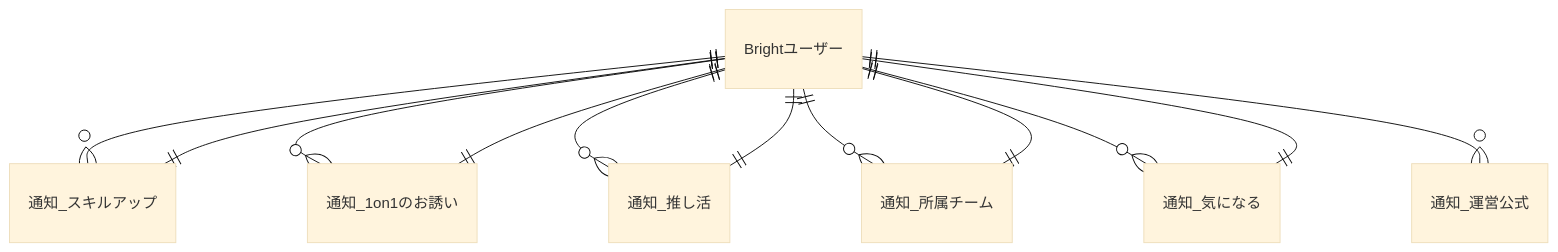
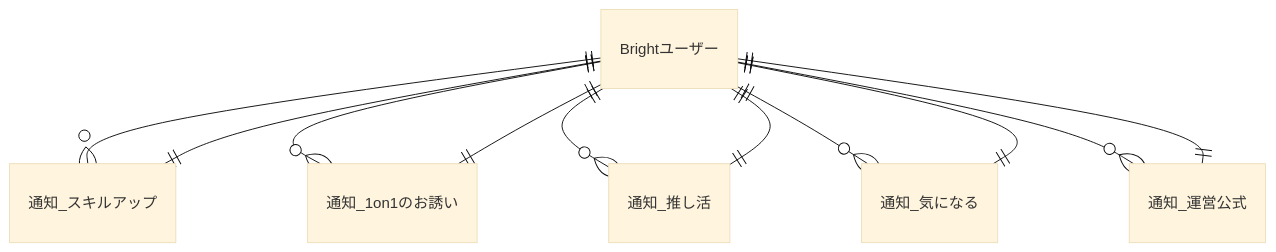
One commit to bright-org/bright changed the fourth of 5 diagrams in docs/conceptual_schemas/notifications.md. Above: the diagram before and after it, drawn with Mermaid (base theme). The commit also changed other lines of this file, not shown here.

```````diff
--- a/docs/conceptual_schemas/notifications.md
+++ b/docs/conceptual_schemas/notifications.md
@@ -93,20 +94,20 @@
 ```mermaid
 erDiagram
   "Brightユーザー" ||--o{ "通知_スキルアップ" : ""
   "通知_スキルアップ" ||--|| "Brightユーザー" : ""
 
   "Brightユーザー" ||--o{ "通知_1on1のお誘い" : ""
   "通知_1on1のお誘い" ||--|| "Brightユーザー" : ""
 
   "Brightユーザー" ||--o{ "通知_推し活" : ""
   "通知_推し活" ||--|| "Brightユーザー" : ""
 
-  "Brightユーザー" ||--o{ "通知_所属チーム" : ""
-  "通知_所属チーム" ||--|| "Brightユーザー" : ""
+
 
   "Brightユーザー" ||--o{ "通知_気になる" : ""
   "通知_気になる" ||--|| "Brightユーザー" : ""
 
   "Brightユーザー" ||--o{ "通知_運営公式" : ""
+  "通知_運営公式" ||--|| "Brightユーザー" : ""
 
-``````
+```
```````
